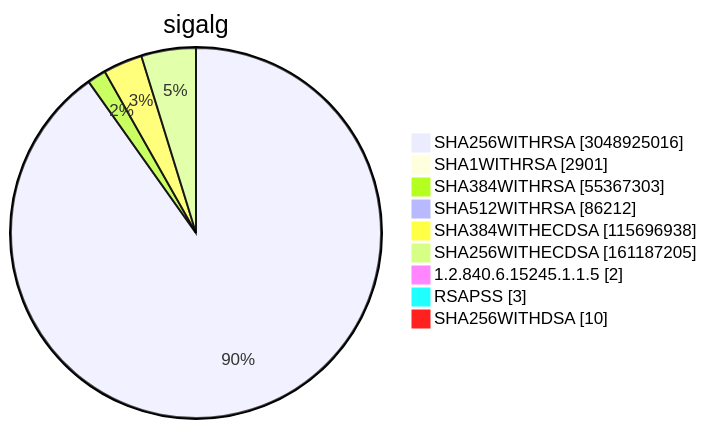
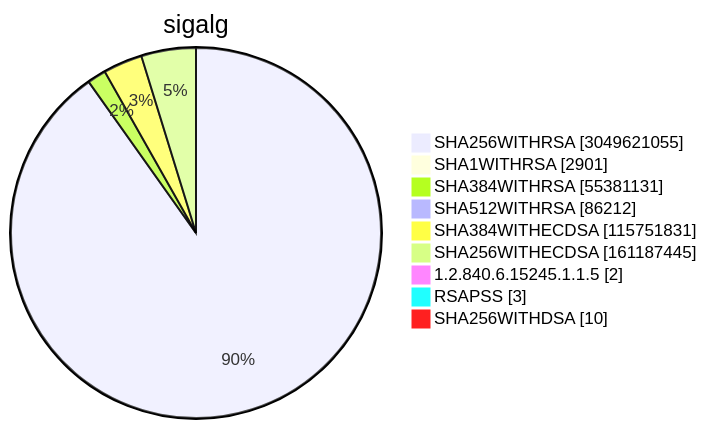
Before and after one commit to christiankrug/ctmonitor_visualization: diagram 15 of 15 in TOTAL/README.md, drawn with Mermaid. The commit also changed other lines of this file, not shown here.

````diff
--- a/TOTAL/README.md
+++ b/TOTAL/README.md
@@ -6208,13 +6208,13 @@
 ```mermaid
 pie showData
 title sigalg
-"SHA256WITHRSA" :3048925016
+"SHA256WITHRSA" :3049621055
 "SHA1WITHRSA" :2901
-"SHA384WITHRSA" :55367303
+"SHA384WITHRSA" :55381131
 "SHA512WITHRSA" :86212
-"SHA384WITHECDSA" :115696938
-"SHA256WITHECDSA" :161187205
+"SHA384WITHECDSA" :115751831
+"SHA256WITHECDSA" :161187445
 "1.2.840.6.15245.1.1.5" :2
 "RSAPSS" :3
 "SHA256WITHDSA" :10
 ```
````
